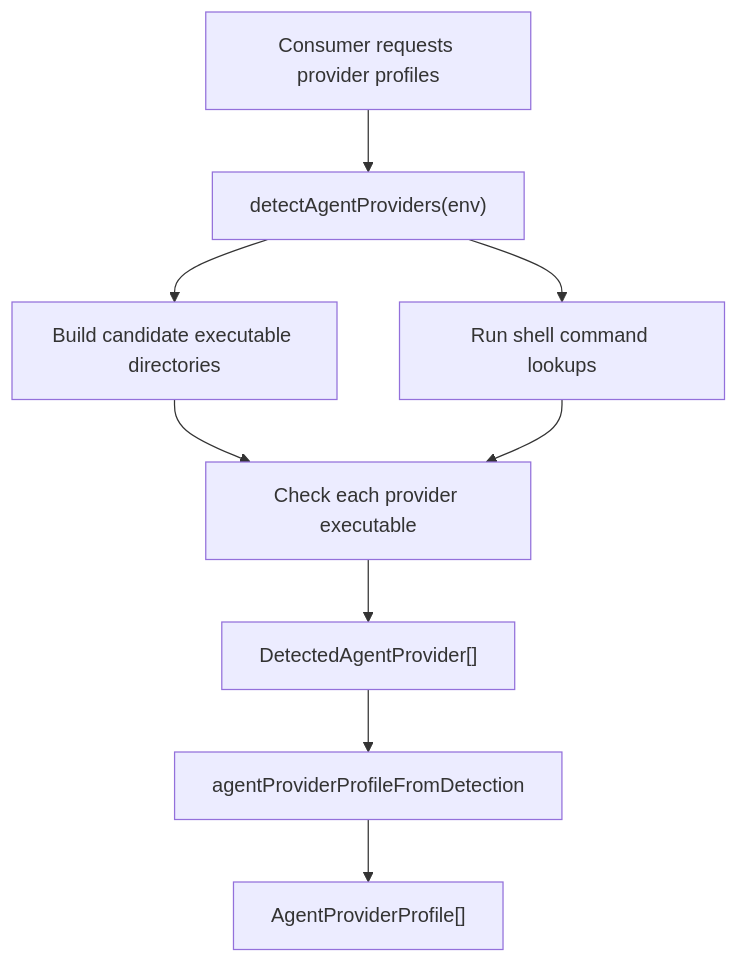
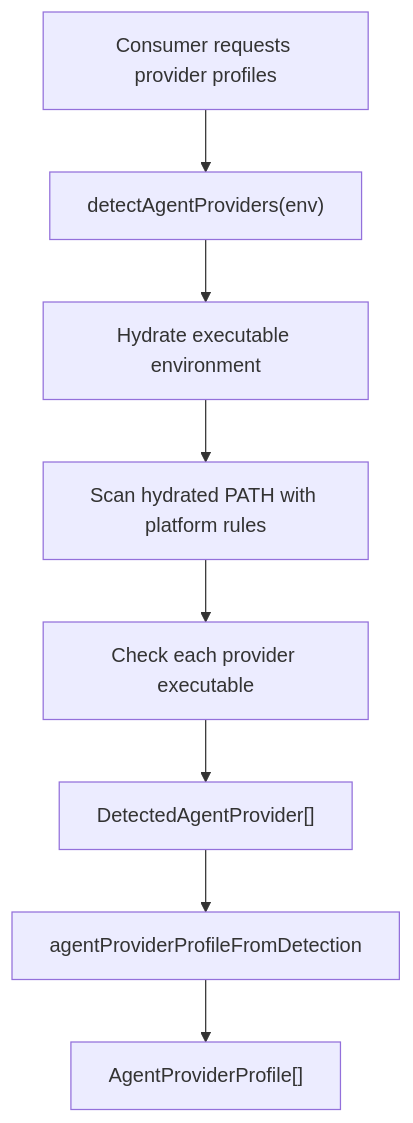
One commit to robertpitt/cycle changed the first of 5 diagrams in packages/agents/ARCHITECTURE.md. Above: the diagram before and after it, drawn with Mermaid. The commit also changed other lines of this file and 904 other files, not shown here.

````diff
--- a/packages/agents/ARCHITECTURE.md
+++ b/packages/agents/ARCHITECTURE.md
@@ -195,11 +199,10 @@
 ```mermaid
 flowchart TD
   A["Consumer requests provider profiles"] --> B["detectAgentProviders(env)"]
-  B --> C["Build candidate executable directories"]
-  B --> D["Run shell command lookups"]
-  C --> E["Check each provider executable"]
-  D --> E
+  B --> C["Hydrate executable environment"]
+  C --> D["Scan hydrated PATH with platform rules"]
+  D --> E["Check each provider executable"]
   E --> F["DetectedAgentProvider[]"]
   F --> G["agentProviderProfileFromDetection"]
   G --> H["AgentProviderProfile[]"]
 ```
````
